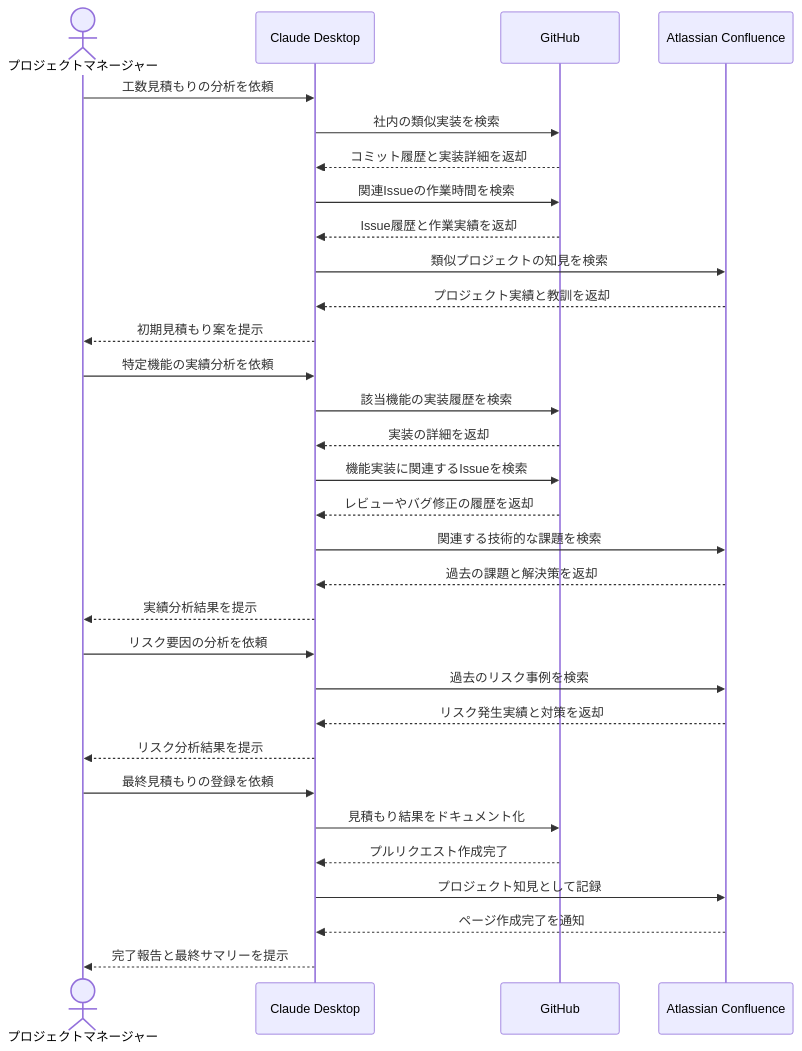
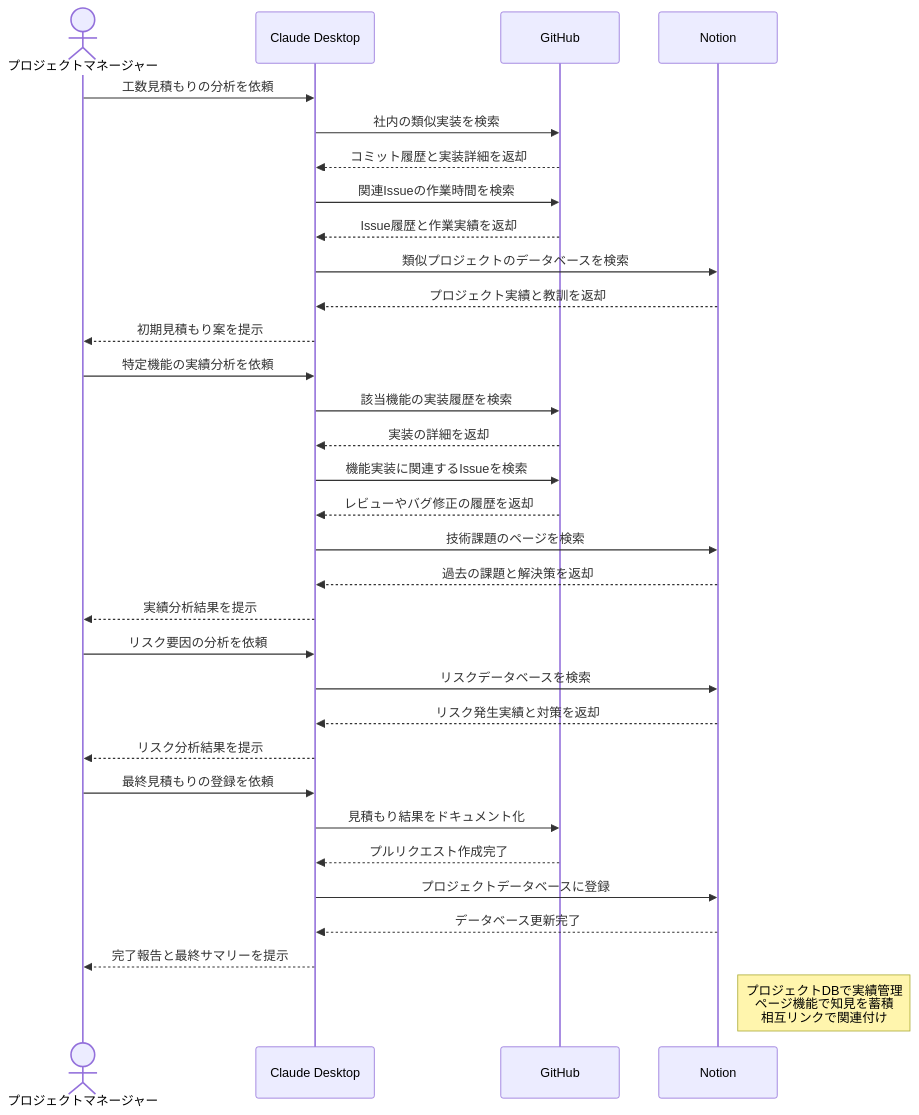
One commit to po-shu/mcp-100-ideas changed the diagram in docs/02_プロジェクト/プロジェクト工数見積もりを高精度化する.md. Above: the diagram before and after it, drawn with Mermaid. The commit also changed other lines of this file and 4 other files, not shown here.

````diff
--- a/docs/02_プロジェクト/プロジェクト工数見積もりを高精度化する.md
+++ b/docs/02_プロジェクト/プロジェクト工数見積もりを高精度化する.md
@@ -17,40 +17,42 @@
 ```mermaid
 sequenceDiagram
     actor PM as プロジェクトマネージャー
     participant Claude as Claude Desktop
     participant GH as GitHub
-    participant ATL as Atlassian Confluence
+    participant Not as Notion
     
     PM->>Claude: 工数見積もりの分析を依頼
     
     Claude->>GH: 社内の類似実装を検索
     GH-->>Claude: コミット履歴と実装詳細を返却
     Claude->>GH: 関連Issueの作業時間を検索
     GH-->>Claude: Issue履歴と作業実績を返却
     
-    Claude->>ATL: 類似プロジェクトの知見を検索
-    ATL-->>Claude: プロジェクト実績と教訓を返却
+    Claude->>Not: 類似プロジェクトのデータベースを検索
+    Not-->>Claude: プロジェクト実績と教訓を返却
     
     Claude-->>PM: 初期見積もり案を提示
     
     PM->>Claude: 特定機能の実績分析を依頼
     Claude->>GH: 該当機能の実装履歴を検索
     GH-->>Claude: 実装の詳細を返却
     Claude->>GH: 機能実装に関連するIssueを検索
     GH-->>Claude: レビューやバグ修正の履歴を返却
-    Claude->>ATL: 関連する技術的な課題を検索
-    ATL-->>Claude: 過去の課題と解決策を返却
+    Claude->>Not: 技術課題のページを検索
+    Not-->>Claude: 過去の課題と解決策を返却
     Claude-->>PM: 実績分析結果を提示
     
     PM->>Claude: リスク要因の分析を依頼
-    Claude->>ATL: 過去のリスク事例を検索
-    ATL-->>Claude: リスク発生実績と対策を返却
+    Claude->>Not: リスクデータベースを検索
+    Not-->>Claude: リスク発生実績と対策を返却
     Claude-->>PM: リスク分析結果を提示
     
     PM->>Claude: 最終見積もりの登録を依頼
     Claude->>GH: 見積もり結果をドキュメント化
     GH-->>Claude: プルリクエスト作成完了
-    Claude->>ATL: プロジェクト知見として記録
-    ATL-->>Claude: ページ作成完了を通知
+    Claude->>Not: プロジェクトデータベースに登録
+    Not-->>Claude: データベース更新完了
     Claude-->>PM: 完了報告と最終サマリーを提示
+
+    Note right of Not: プロジェクトDBで実績管理<br>ページ機能で知見を蓄積<br>相互リンクで関連付け
 ```
````
